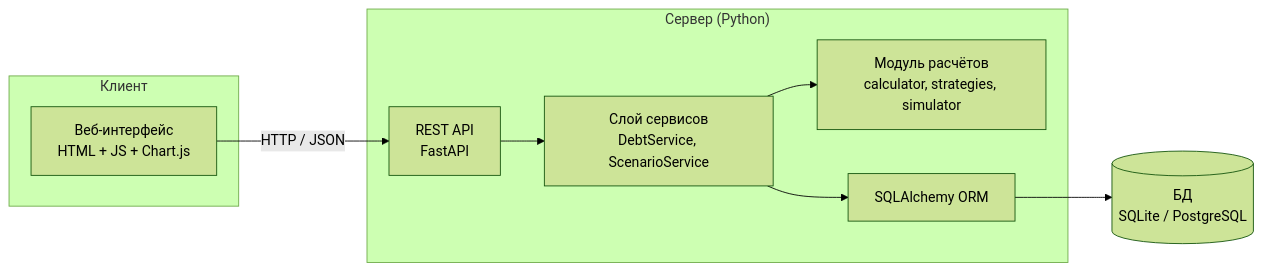
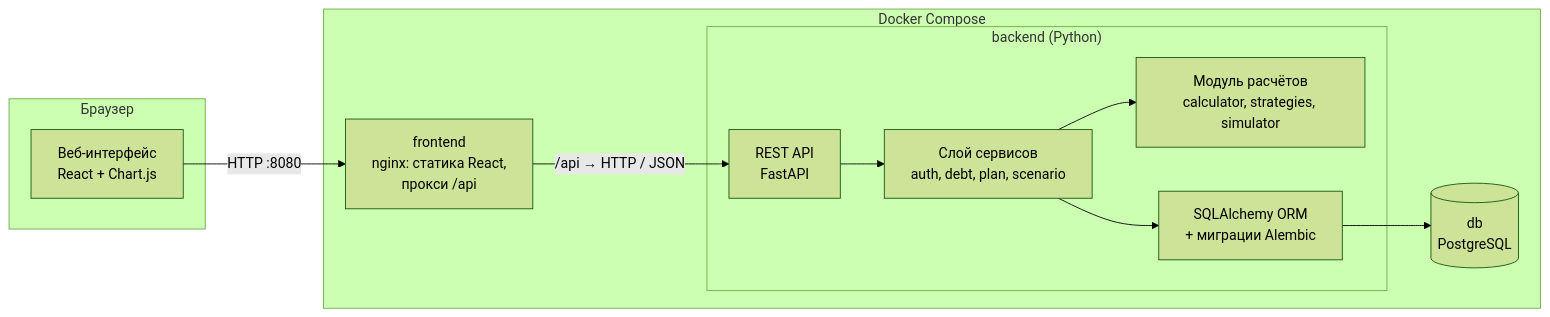
Before and after one commit to NE4EL/DebtFree: the sixth of 6 diagrams in README.md, drawn with Mermaid (forest theme). The commit also changed other lines of this file and 68 other files, not shown here.

````diff
--- a/README.md
+++ b/README.md
@@ -373,19 +378,23 @@
 ```mermaid
 flowchart LR
-    subgraph CL["Клиент"]
-        UI["Веб-интерфейс<br/>HTML + JS + Chart.js"]
+    subgraph CL["Браузер"]
+        UI["Веб-интерфейс<br/>React + Chart.js"]
     end
-    subgraph SRV["Сервер (Python)"]
-        API["REST API<br/>FastAPI"]
-        SVC["Слой сервисов<br/>DebtService, ScenarioService"]
-        CALC["Модуль расчётов<br/>calculator, strategies, simulator"]
-        ORM["SQLAlchemy ORM"]
+    subgraph DC["Docker Compose"]
+        NGX["frontend<br/>nginx: статика React,<br/>прокси /api"]
+        subgraph SRV["backend (Python)"]
+            API["REST API<br/>FastAPI"]
+            SVC["Слой сервисов<br/>auth, debt, plan, scenario"]
+            CALC["Модуль расчётов<br/>calculator, strategies, simulator"]
+            ORM["SQLAlchemy ORM<br/>+ миграции Alembic"]
+        end
+        DB[("db<br/>PostgreSQL")]
     end
-    DB[("БД<br/>SQLite / PostgreSQL")]
 
-    UI -- "HTTP / JSON" --> API
+    UI -- "HTTP :8080" --> NGX
+    NGX -- "/api → HTTP / JSON" --> API
     API --> SVC
     SVC --> CALC
     SVC --> ORM
     ORM --> DB
 ```
````
